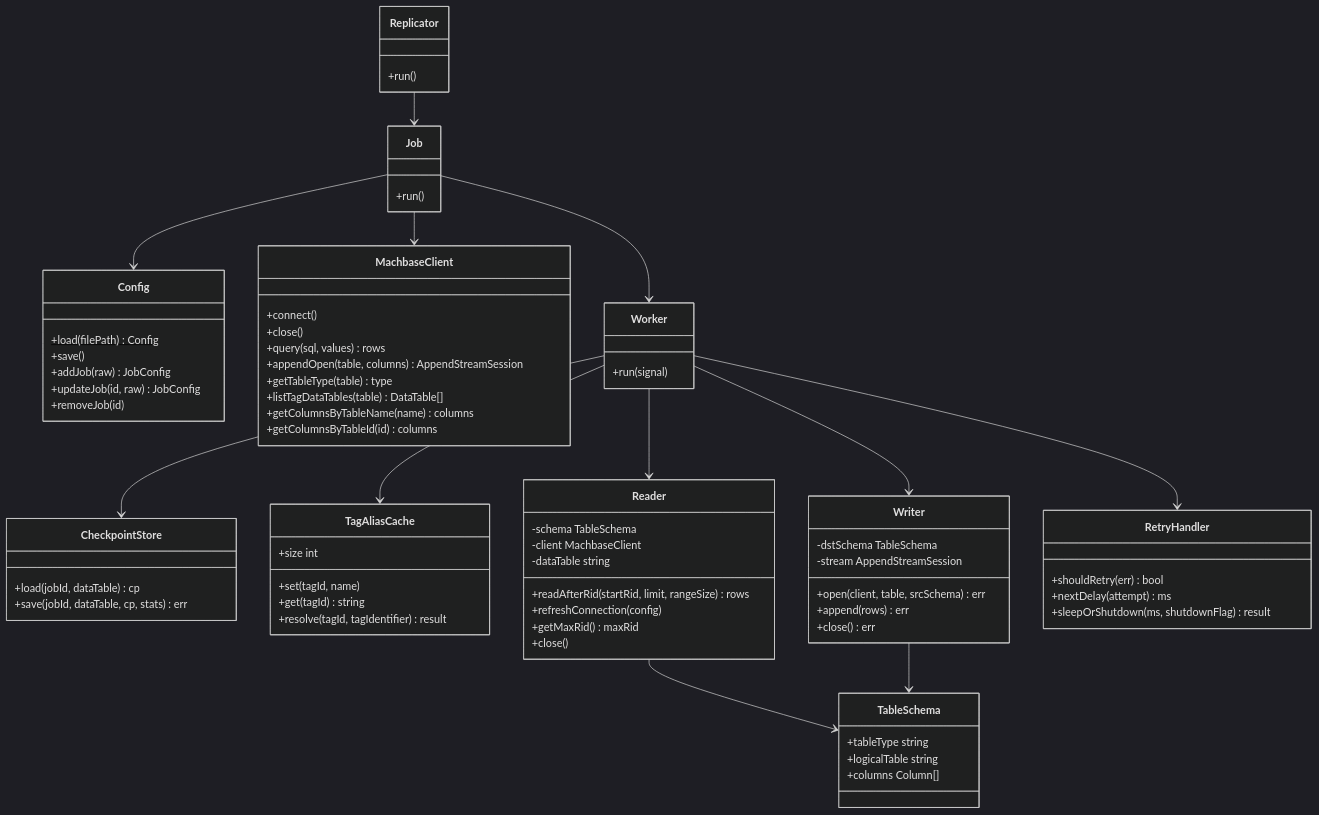
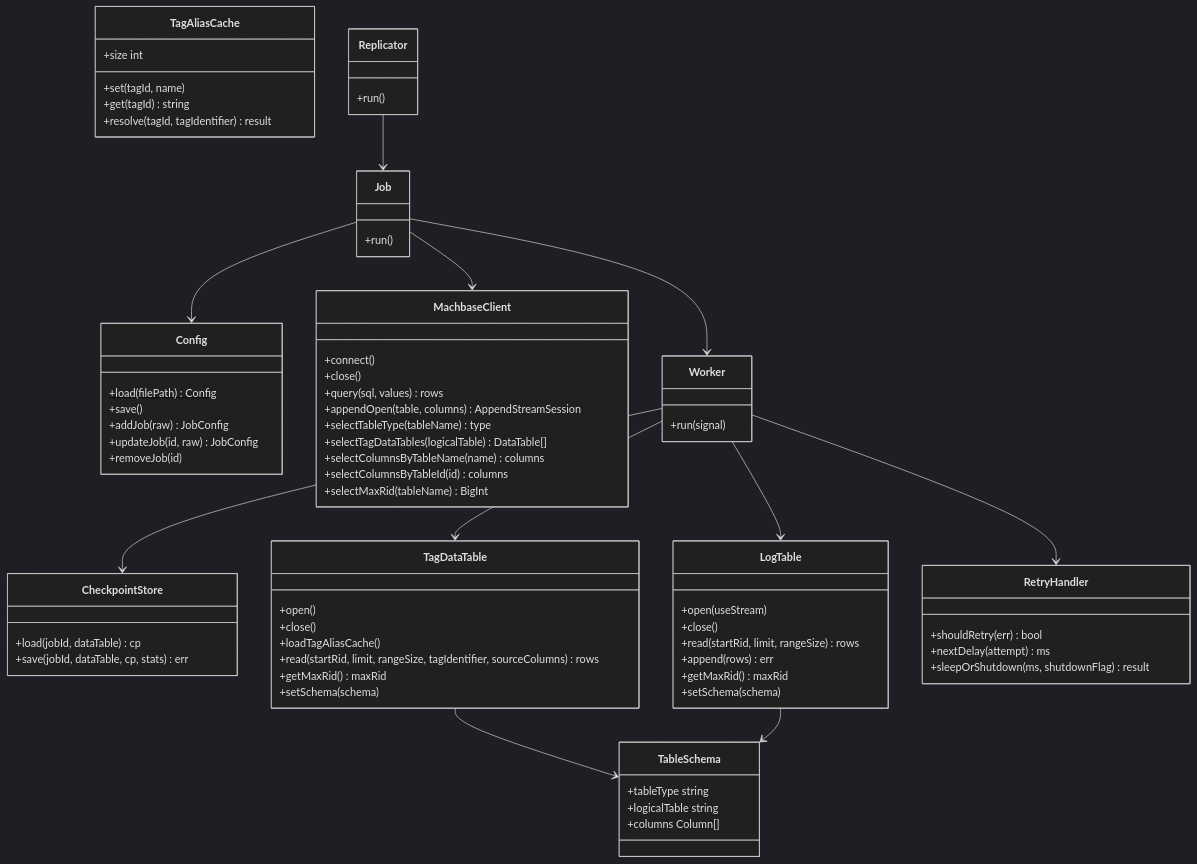
One commit to machbase/neo-pkg-replication changed the second of 4 diagrams in docs/PROJECT.md. Above: the diagram before and after it, drawn with Mermaid (dark theme). The commit also changed other lines of this file and 20 other files, not shown here.

````diff
--- a/docs/PROJECT.md
+++ b/docs/PROJECT.md
@@ -856,79 +862,79 @@
 ```mermaid
 classDiagram
     class Config {
         +load(filePath) Config$
         +save()
         +addJob(raw) JobConfig
         +updateJob(id, raw) JobConfig
         +removeJob(id)
     }
     class MachbaseClient {
         +connect()
         +close()
         +query(sql, values) rows
         +appendOpen(table, columns) AppendStreamSession
-        +getTableType(table) type
-        +listTagDataTables(table) DataTable[]
-        +getColumnsByTableName(name) columns
-        +getColumnsByTableId(id) columns
+        +selectTableType(tableName) type
+        +selectTagDataTables(logicalTable) DataTable[]
+        +selectColumnsByTableName(name) columns
+        +selectColumnsByTableId(id) columns
+        +selectMaxRid(tableName) BigInt
     }
     class CheckpointStore {
         +load(jobId, dataTable) cp
         +save(jobId, dataTable, cp, stats) err
     }
     class TableSchema {
         +tableType string
         +logicalTable string
         +columns Column[]
     }
     class TagAliasCache {
         +set(tagId, name)
         +get(tagId) string
         +resolve(tagId, tagIdentifier) result
         +size int
     }
-    class Reader {
-        -schema TableSchema
-        -client MachbaseClient
-        -dataTable string
-        +readAfterRid(startRid, limit, rangeSize) rows
-        +refreshConnection(config)
+    class TagDataTable {
+        +open()
+        +close()
+        +loadTagAliasCache()
+        +read(startRid, limit, rangeSize, tagIdentifier, sourceColumns) rows
         +getMaxRid() maxRid
+        +setSchema(schema)
+    }
+    class LogTable {
+        +open(useStream)
         +close()
-    }
-    class Writer {
-        -dstSchema TableSchema
-        -stream AppendStreamSession
-        +open(client, table, srcSchema) err
+        +read(startRid, limit, rangeSize) rows
         +append(rows) err
-        +close() err
+        +getMaxRid() maxRid
+        +setSchema(schema)
     }
     class RetryHandler {
         +shouldRetry(err) bool
         +nextDelay(attempt) ms
         +sleepOrShutdown(ms, shutdownFlag) result
     }
     class Replicator {
         +run()
     }
     class Job {
         +run()
     }
     class Worker {
         +run(signal)
     }
 
     Replicator --> Job
     Job --> Worker
     Job --> MachbaseClient
     Job --> Config
 
     Worker --> CheckpointStore
-    Worker --> Reader
-    Worker --> TagAliasCache
-    Worker --> Writer
+    Worker --> TagDataTable
+    Worker --> LogTable
     Worker --> RetryHandler
 
-    Reader --> TableSchema
-    Writer --> TableSchema
+    TagDataTable --> TableSchema
+    LogTable --> TableSchema
 ```
````
